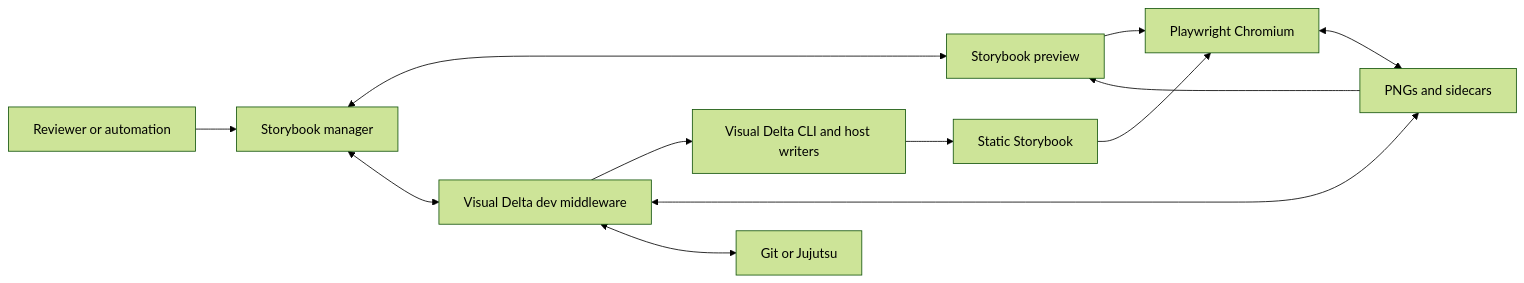
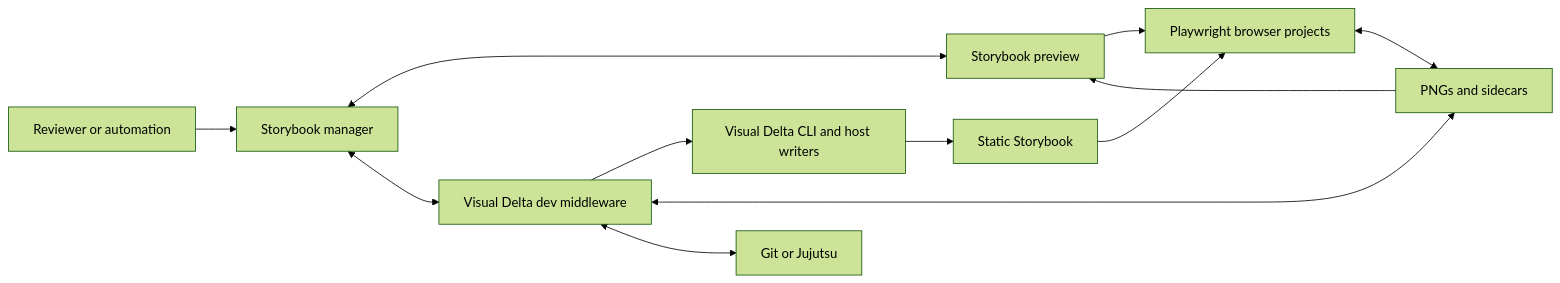
The diagram in spec/src/index.md (lapismd/storybook-addon-visual-delta), drawn with Mermaid (forest theme) before and after one commit. The commit also changed other lines of this file and 83 other files, not shown here.

````diff
--- a/spec/src/index.md
+++ b/spec/src/index.md
@@ -28,14 +28,14 @@
 ```mermaid
 flowchart LR
   Human[Reviewer or automation] --> Manager[Storybook manager]
   Manager <--> Preview[Storybook preview]
   Manager <--> Middleware[Visual Delta dev middleware]
   Middleware --> CLI[Visual Delta CLI and host writers]
   CLI --> Static[Static Storybook]
-  Static --> Playwright[Playwright Chromium]
+  Static --> Playwright[Playwright browser projects]
   Playwright <--> Artifacts[PNGs and sidecars]
   Middleware <--> Artifacts
   Middleware <--> VCS[Git or Jujutsu]
   Preview --> Playwright
   Artifacts --> Preview
 ```
````
